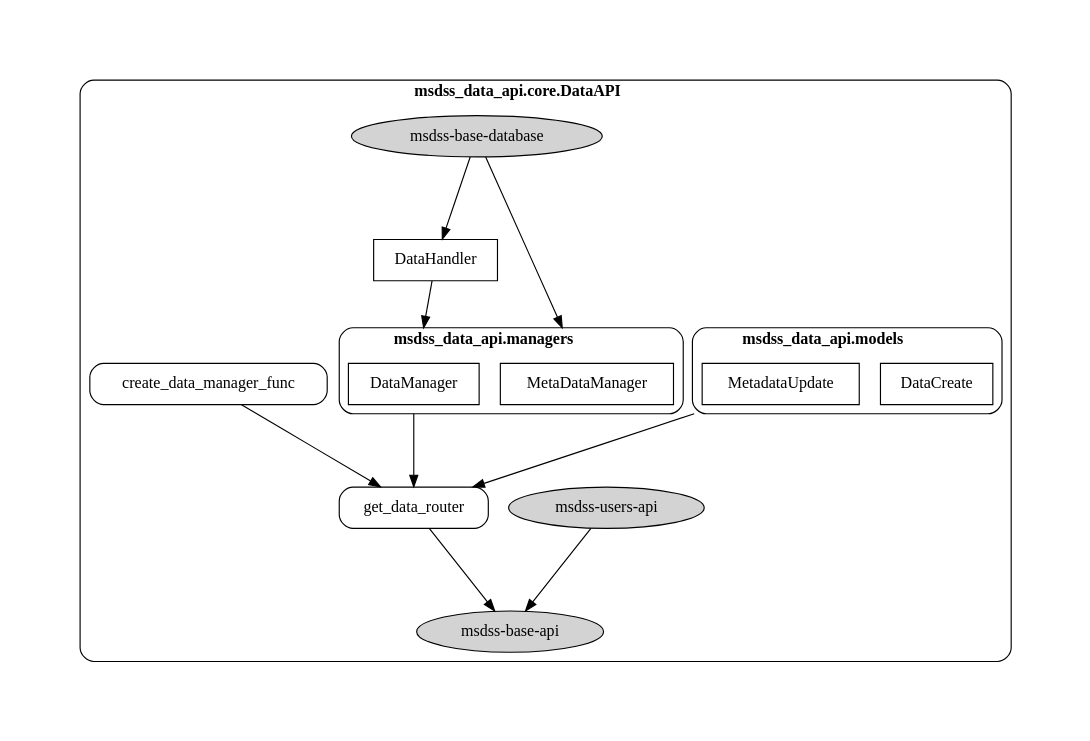
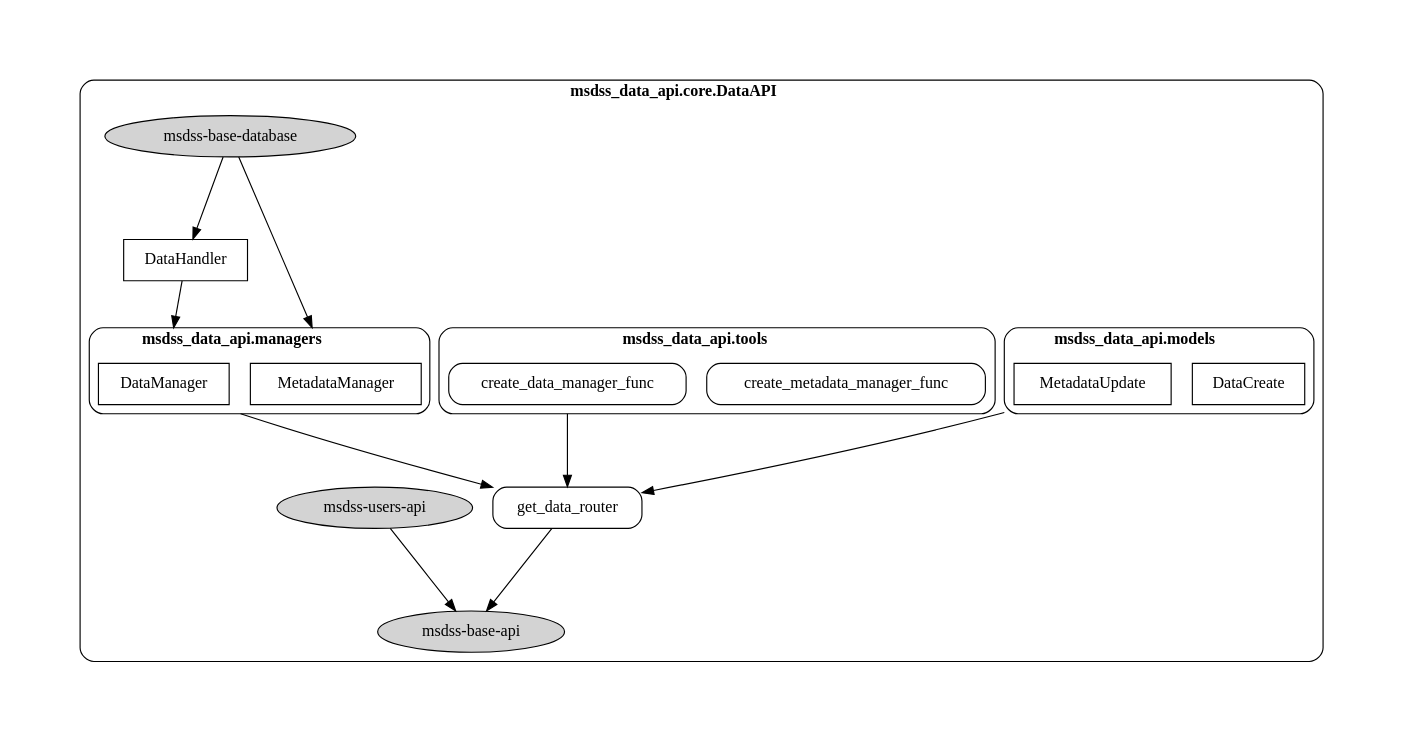
The diagram in docs/source/howitworks.rst (rrwen/msdss-data-api), drawn with Graphviz before and after one commit. The commit also changed 59 other files, not shown here.

```diff
--- a/docs/source/howitworks.rst
+++ b/docs/source/howitworks.rst
@@ -12,43 +12,50 @@
 .. digraph:: methods
 
    compound=true;
    rankdir=TB;
    graph [pad="0.75", nodesep="0.25", ranksep="1"];
 
    baseapi[label="msdss-base-api" URL="https://rrwen.github.io/msdss-base-api/" style=filled];
    basedb[label="msdss-base-database" URL="https://rrwen.github.io/msdss-base-database/" style=filled];
    usersapi[label="msdss-users-api" URL="https://rrwen.github.io/msdss-users-api/" style=filled];
 
    datacreatemodel[label="DataCreate" shape=rect];
    metadataupdatemodel[label="MetadataUpdate" shape=rect];
 
    datamanager[label="DataManager" shape=rect];
    datahandler[label="DataHandler" shape=rect];
-   metadatamanager[label="MetaDataManager" shape=rect];
+   metadatamanager[label="MetadataManager" shape=rect];
 
-   datamanagerfunc[label="create_data_manager_func" shape=rect style=rounded URL=""];
-   getdatarouter[label="get_data_router" shape=rect style=rounded URL=""];
+   metadatafunc[label="create_metadata_manager_func" shape=rect style=rounded];
+   datamanagerfunc[label="create_data_manager_func" shape=rect style=rounded];
+   getdatarouter[label="get_data_router" shape=rect style=rounded];
 
    subgraph cluster0 {
       label=< <B>msdss_data_api.core.DataAPI</B> >;
       style=rounded;
 
       subgraph cluster1 {
          label=< <B>msdss_data_api.models</B> >;
          datacreatemodel;
          metadataupdatemodel;
       }
       metadataupdatemodel -> getdatarouter[lhead=cluster1 ltail=cluster1];
 
       subgraph cluster2 {
          label=< <B>msdss_data_api.managers</B> >;
          datamanager;
          metadatamanager;
       }
       datamanager -> getdatarouter[lhead=cluster2 ltail=cluster2];
       datahandler -> datamanager[lhead=cluster2 ltail=cluster2];
       basedb -> {datahandler;metadatamanager}[lhead=cluster2 ltail=cluster2];
 
-      datamanagerfunc -> getdatarouter;
+      subgraph cluster3 {
+         label=< <B>msdss_data_api.tools</B> >;
+         datamanagerfunc;
+         metadatafunc;
+      }
+      datamanagerfunc -> getdatarouter[lhead=cluster3 ltail=cluster3];
+
       {usersapi;getdatarouter} -> baseapi; 
    }
```
